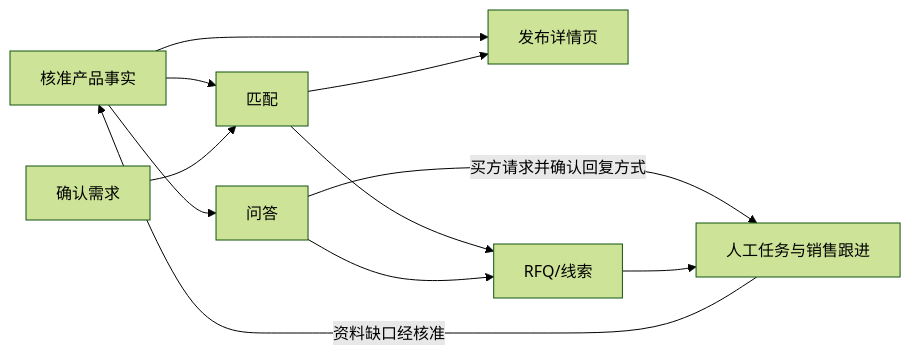
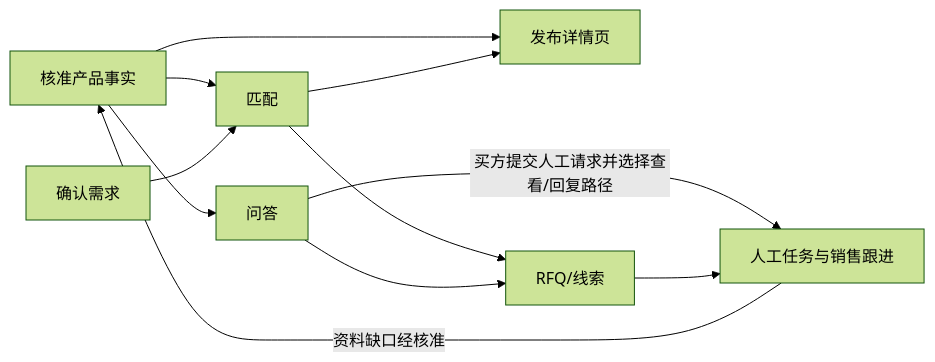
Before and after one commit to JiahaoShang/blinking-CB-water-pump-saas: the diagram in docs/MVP-开发需求文档.md, drawn with Mermaid (forest theme). The commit also changed other lines of this file and 6 other files, not shown here.

````diff
--- a/docs/MVP-开发需求文档.md
+++ b/docs/MVP-开发需求文档.md
@@ -139,13 +140,13 @@
 ```mermaid
 flowchart LR
   M1[核准产品事实] --> M2[发布详情页]
   M1 --> M4[匹配]
   M1 --> M5[问答]
   M3[确认需求] --> M4
   M4 --> M2
   M4 --> M6[RFQ/线索]
   M5 --> M6
-  M5 -- 买方请求并确认回复方式 --> M7[人工任务与销售跟进]
+  M5 -- 买方提交人工请求并选择查看/回复路径 --> M7[人工任务与销售跟进]
   M6 --> M7
   M7 -- 资料缺口经核准 --> M1
 ```
````
